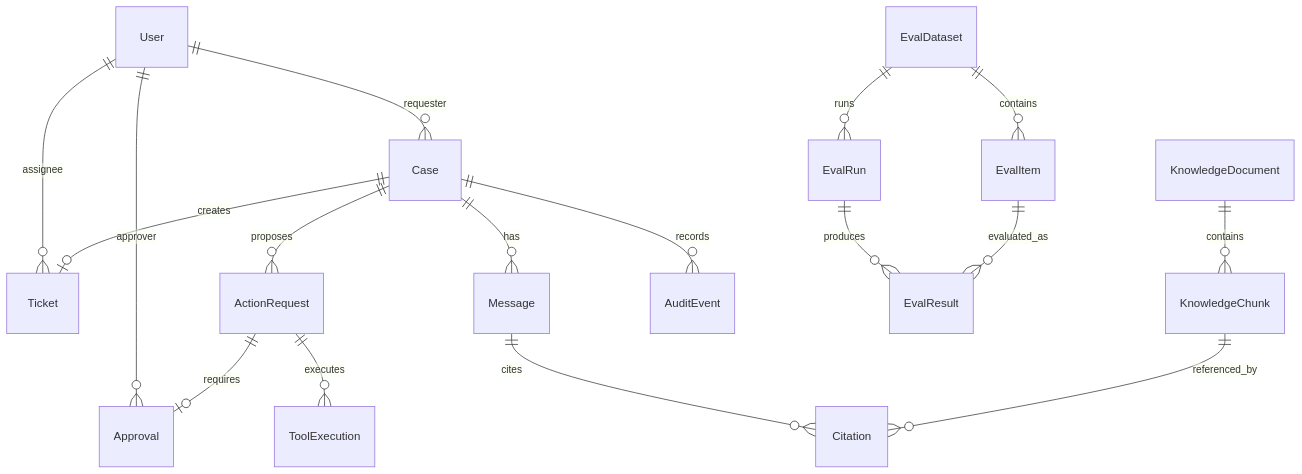
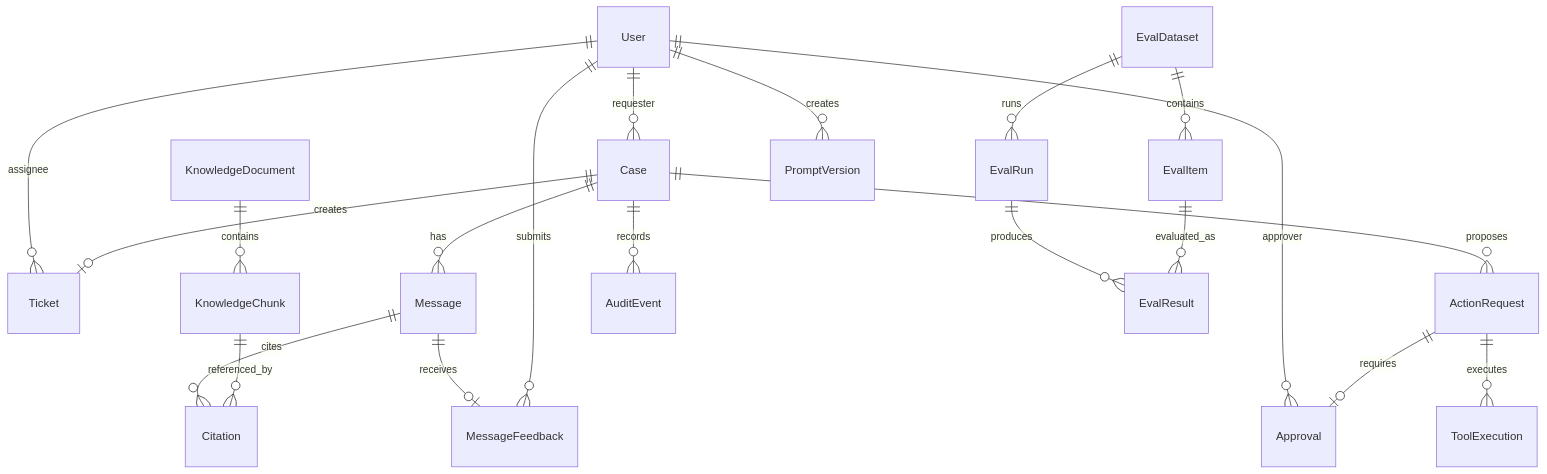
The first of 6 diagrams in docs/data-model-and-state-machines.md (fenghe1219/safedesk-agent), drawn with Mermaid before and after one commit. The commit also changed other lines of this file and 50 other files, not shown here.

````diff
--- a/docs/data-model-and-state-machines.md
+++ b/docs/data-model-and-state-machines.md
@@ -36,19 +39,22 @@
 ```mermaid
 erDiagram
   User ||--o{ Case : requester
   User ||--o{ Ticket : assignee
   User ||--o{ Approval : approver
   KnowledgeDocument ||--o{ KnowledgeChunk : contains
   Case ||--o{ Message : has
   Message ||--o{ Citation : cites
   KnowledgeChunk ||--o{ Citation : referenced_by
   Case ||--o| Ticket : creates
   Case ||--o{ ActionRequest : proposes
   ActionRequest ||--o| Approval : requires
   ActionRequest ||--o{ ToolExecution : executes
   Case ||--o{ AuditEvent : records
   EvalDataset ||--o{ EvalItem : contains
   EvalDataset ||--o{ EvalRun : runs
   EvalRun ||--o{ EvalResult : produces
   EvalItem ||--o{ EvalResult : evaluated_as
+  User ||--o{ PromptVersion : creates
+  Message ||--o| MessageFeedback : receives
+  User ||--o{ MessageFeedback : submits
 ```
````
